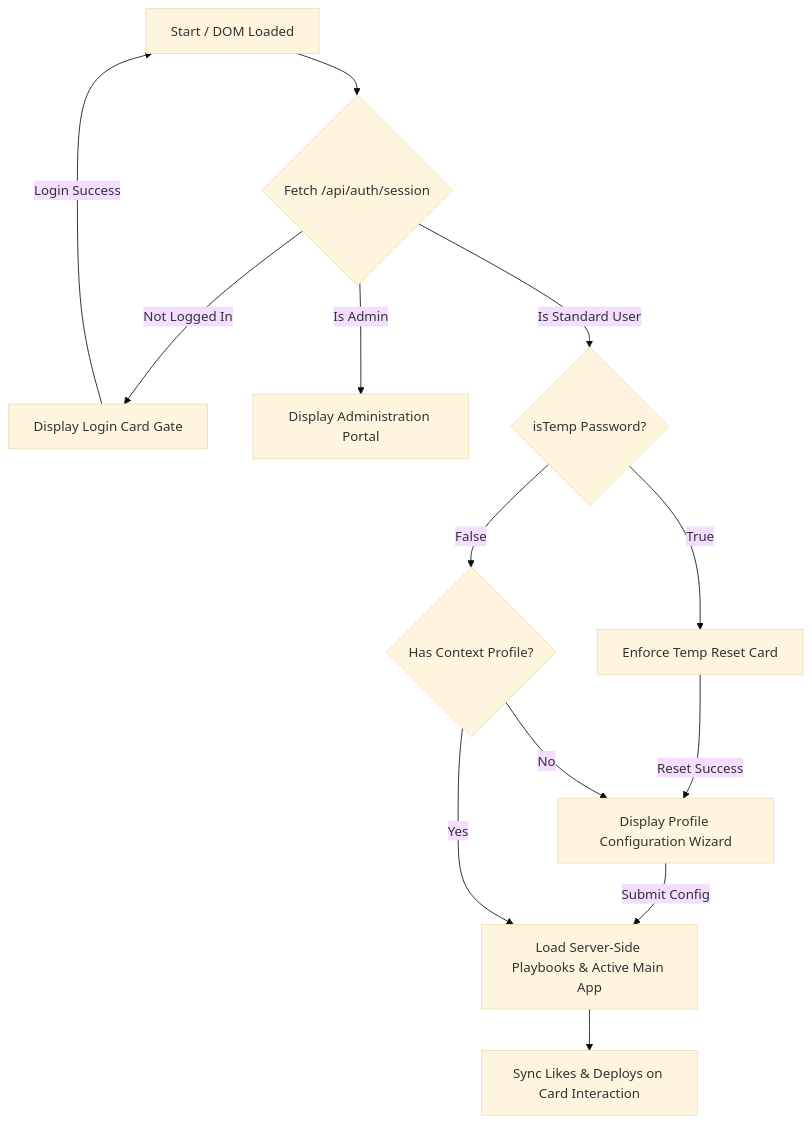
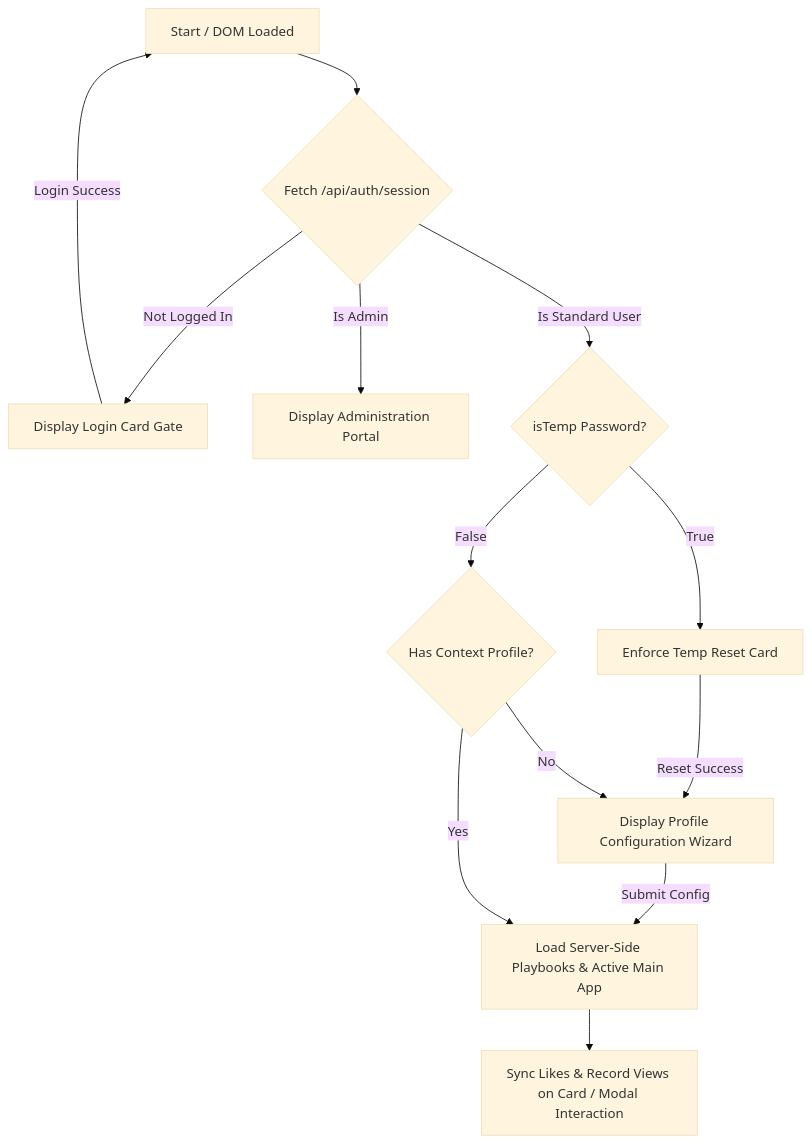
Before and after one commit to MrRoyRoy/ge_learning_portal_edu: the diagram in AGENT.md, drawn with Mermaid (base theme). The commit also changed other lines of this file and 22 other files, not shown here.

````diff
--- a/AGENT.md
+++ b/AGENT.md
@@ -83,15 +88,15 @@
 ```mermaid
 graph TD
   A[Start / DOM Loaded] --> B{Fetch /api/auth/session}
   B -->|Not Logged In| C[Display Login Card Gate]
   C -->|Login Success| A
   B -->|Is Admin| D[Display Administration Portal]
   B -->|Is Standard User| E{isTemp Password?}
   E -->|True| F[Enforce Temp Reset Card]
   F -->|Reset Success| G[Display Profile Configuration Wizard]
   E -->|False| H{Has Context Profile?}
   H -->|No| G
   G -->|Submit Config| I[Load Server-Side Playbooks & Active Main App]
   H -->|Yes| I
-  I --> J[Sync Likes & Deploys on Card Interaction]
+  I --> J[Sync Likes & Record Views on Card / Modal Interaction]
 ```
````
